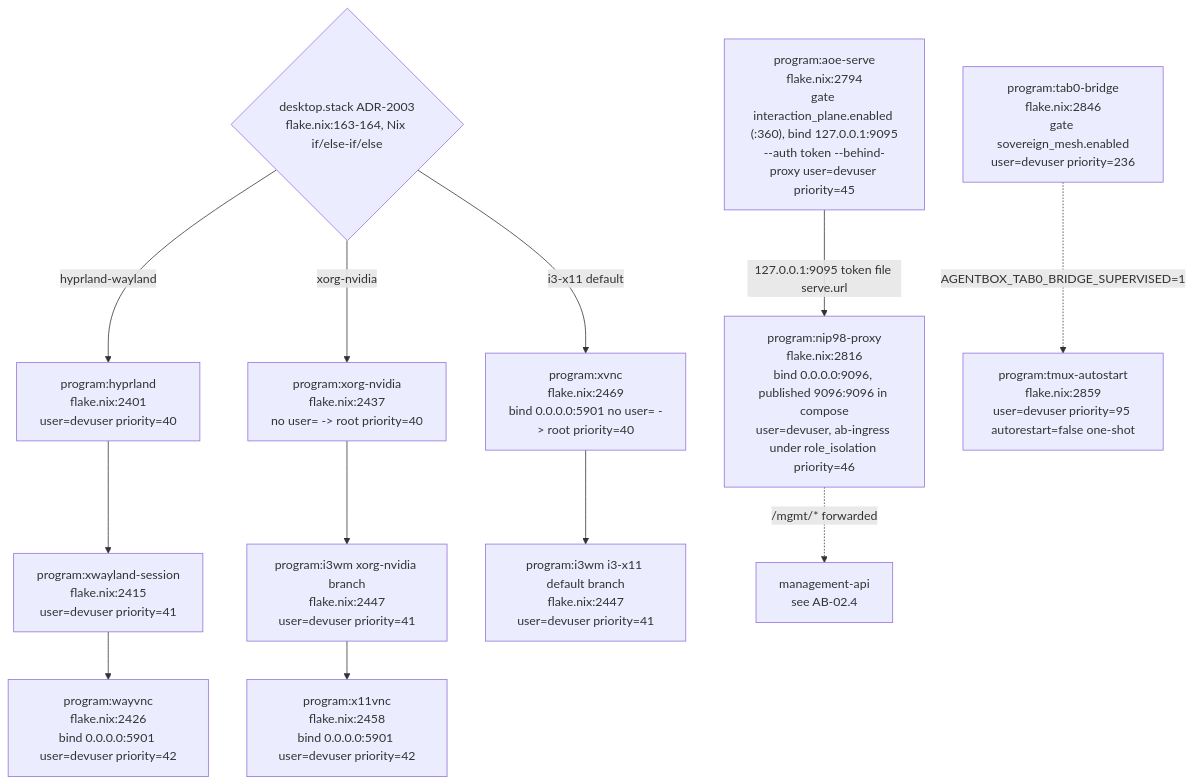
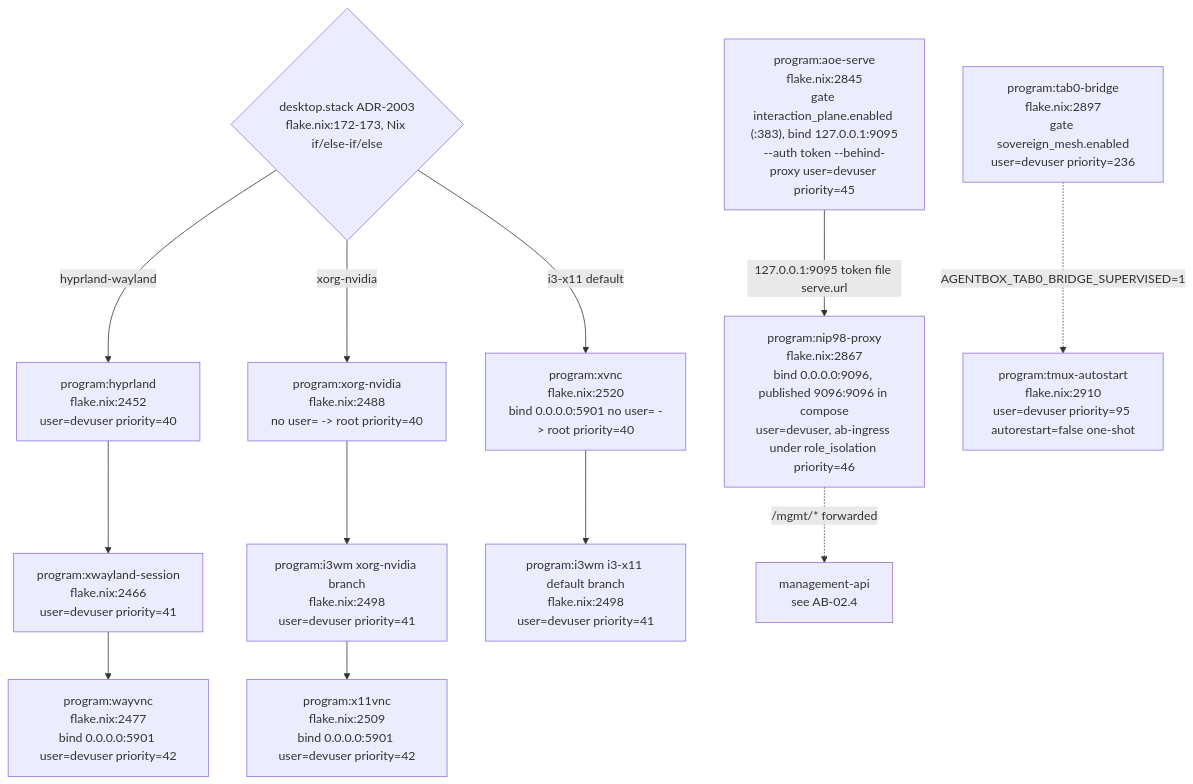
The sixth of 21 diagrams in docs/diagrams/agentbox/02-boot-sequence-and-readiness.md (DreamLab-AI/VisionFlow), drawn with Mermaid before and after one commit. The commit also changed other lines of this file and 80 other files, not shown here.

First line of the commit message:
docs(diagrams): re-verify the agentbox, dreamlab, estate and visionflow corpus against current sources

````diff
--- a/docs/diagrams/agentbox/02-boot-sequence-and-readiness.md
+++ b/docs/diagrams/agentbox/02-boot-sequence-and-readiness.md
@@ -289,23 +301,23 @@
 ```mermaid
 flowchart TB
-    GATESTACK{"desktop.stack ADR-2003<br/>flake.nix:163-164, Nix if/else-if/else"}
-    HYPR["program:hyprland<br/>flake.nix:2401<br/>user=devuser priority=40"]
-    XWAY["program:xwayland-session<br/>flake.nix:2415<br/>user=devuser priority=41"]
-    WAYVNC["program:wayvnc<br/>flake.nix:2426<br/>bind 0.0.0.0:5901 user=devuser priority=42"]
-    XORG["program:xorg-nvidia<br/>flake.nix:2437<br/>no user= -&gt; root priority=40"]
-    I3A["program:i3wm xorg-nvidia branch<br/>flake.nix:2447<br/>user=devuser priority=41"]
-    X11VNC["program:x11vnc<br/>flake.nix:2458<br/>bind 0.0.0.0:5901 user=devuser priority=42"]
-    XVNC["program:xvnc<br/>flake.nix:2469<br/>bind 0.0.0.0:5901 no user= -&gt; root priority=40"]
-    I3B["program:i3wm i3-x11 default branch<br/>flake.nix:2447<br/>user=devuser priority=41"]
-    AOE["program:aoe-serve<br/>flake.nix:2794<br/>gate interaction_plane.enabled (:360), bind 127.0.0.1:9095<br/>--auth token --behind-proxy user=devuser priority=45"]
-    NIP98["program:nip98-proxy<br/>flake.nix:2816<br/>bind 0.0.0.0:9096, published 9096:9096 in compose<br/>user=devuser, ab-ingress under role_isolation priority=46"]
-    TAB0["program:tab0-bridge<br/>flake.nix:2846<br/>gate sovereign_mesh.enabled<br/>user=devuser priority=236"]
-    TMUX["program:tmux-autostart<br/>flake.nix:2859<br/>user=devuser priority=95 autorestart=false one-shot"]
+    GATESTACK{"desktop.stack ADR-2003<br/>flake.nix:172-173, Nix if/else-if/else"}
+    HYPR["program:hyprland<br/>flake.nix:2452<br/>user=devuser priority=40"]
+    XWAY["program:xwayland-session<br/>flake.nix:2466<br/>user=devuser priority=41"]
+    WAYVNC["program:wayvnc<br/>flake.nix:2477<br/>bind 0.0.0.0:5901 user=devuser priority=42"]
+    XORG["program:xorg-nvidia<br/>flake.nix:2488<br/>no user= -&gt; root priority=40"]
+    I3A["program:i3wm xorg-nvidia branch<br/>flake.nix:2498<br/>user=devuser priority=41"]
+    X11VNC["program:x11vnc<br/>flake.nix:2509<br/>bind 0.0.0.0:5901 user=devuser priority=42"]
+    XVNC["program:xvnc<br/>flake.nix:2520<br/>bind 0.0.0.0:5901 no user= -&gt; root priority=40"]
+    I3B["program:i3wm i3-x11 default branch<br/>flake.nix:2498<br/>user=devuser priority=41"]
+    AOE["program:aoe-serve<br/>flake.nix:2845<br/>gate interaction_plane.enabled (:383), bind 127.0.0.1:9095<br/>--auth token --behind-proxy user=devuser priority=45"]
+    NIP98["program:nip98-proxy<br/>flake.nix:2867<br/>bind 0.0.0.0:9096, published 9096:9096 in compose<br/>user=devuser, ab-ingress under role_isolation priority=46"]
+    TAB0["program:tab0-bridge<br/>flake.nix:2897<br/>gate sovereign_mesh.enabled<br/>user=devuser priority=236"]
+    TMUX["program:tmux-autostart<br/>flake.nix:2910<br/>user=devuser priority=95 autorestart=false one-shot"]
 
     GATESTACK -->|"hyprland-wayland"| HYPR --> XWAY --> WAYVNC
     GATESTACK -->|"xorg-nvidia"| XORG --> I3A --> X11VNC
     GATESTACK -->|"i3-x11 default"| XVNC --> I3B
     AOE -->|"127.0.0.1:9095 token file serve.url"| NIP98
     NIP98 -.->|"/mgmt/* forwarded"| MGMTREF["management-api<br/>see AB-02.4"]
     TAB0 -.->|"AGENTBOX_TAB0_BRIDGE_SUPERVISED=1"| TMUX
 ```
````
